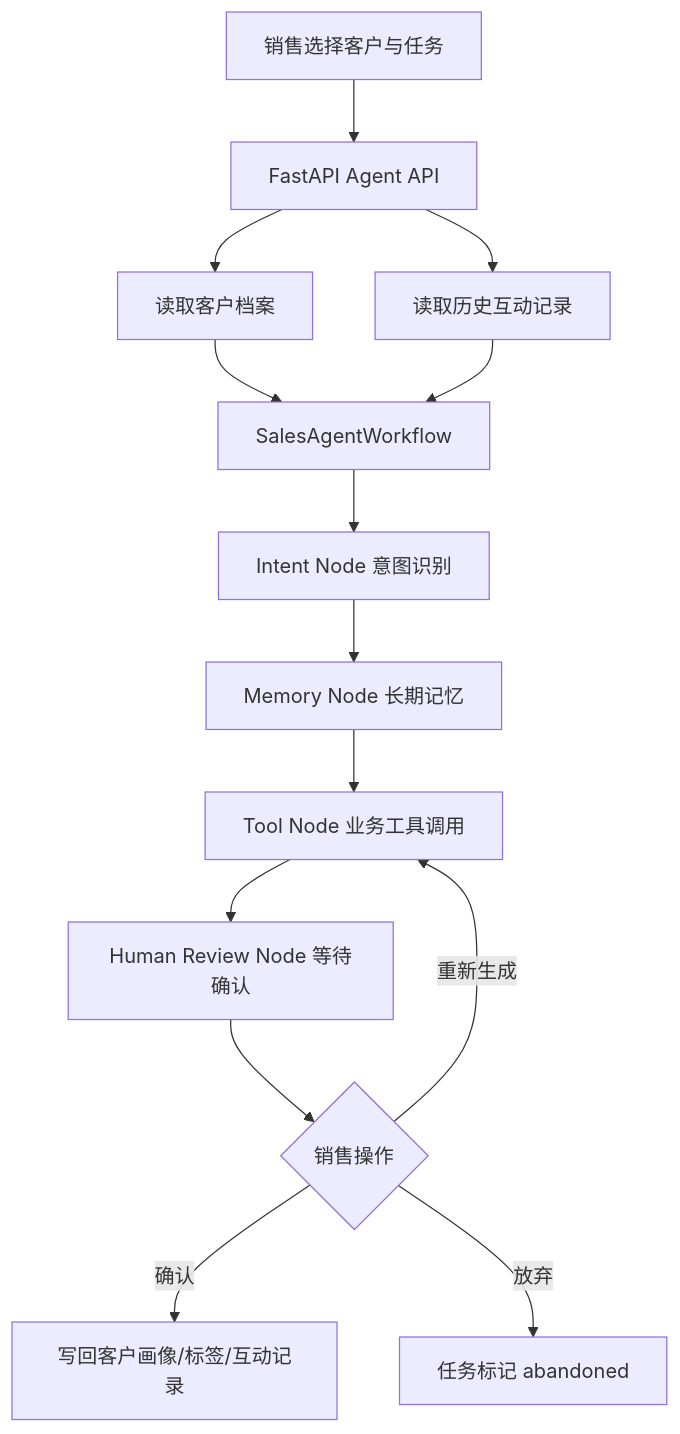
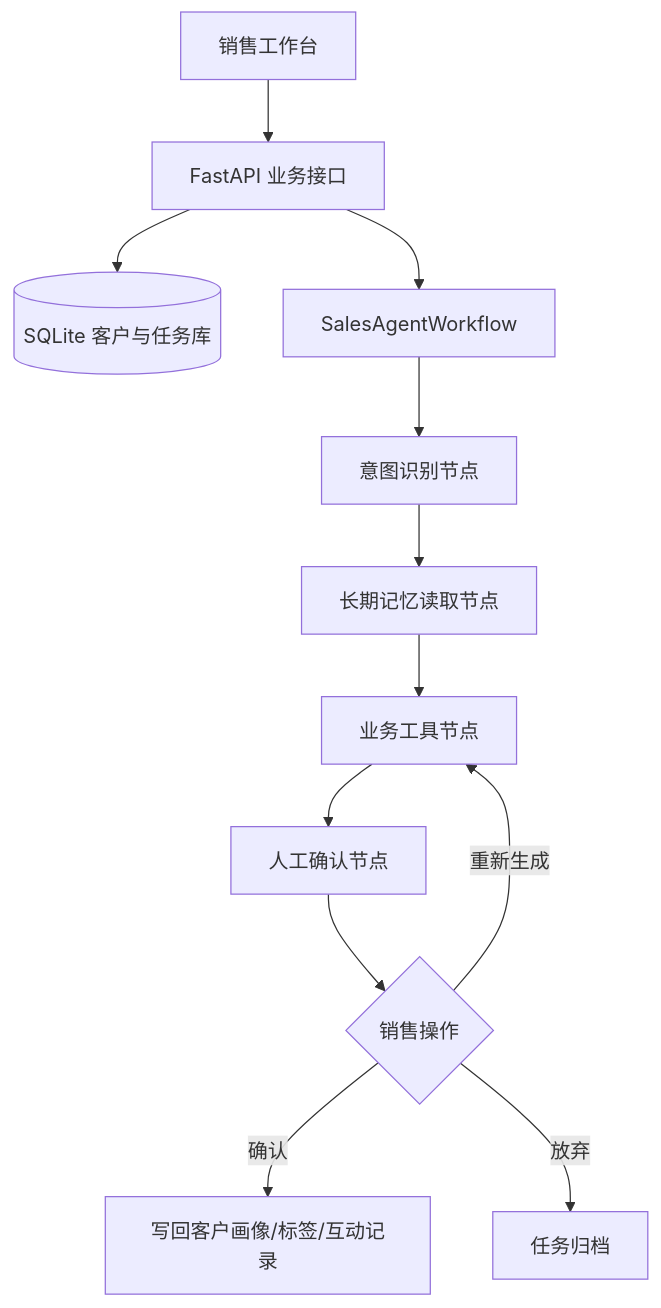
Before and after one commit to bjj012/sagt-lite: the diagram in README.md, drawn with Mermaid. The commit also changed other lines of this file, not shown here.

Commit message:
feat: harden sales agent as production-style project

````diff
--- a/README.md
+++ b/README.md
@@ -18,16 +20,14 @@
 ```mermaid
 flowchart TD
-    A[销售选择客户与任务] --> B[FastAPI Agent API]
-    B --> C[读取客户档案]
-    B --> D[读取历史互动记录]
-    C --> E[SalesAgentWorkflow]
-    D --> E
-    E --> F[Intent Node 意图识别]
-    F --> G[Memory Node 长期记忆]
-    G --> H[Tool Node 业务工具调用]
-    H --> I[Human Review Node 等待确认]
-    I --> J{销售操作}
-    J -->|确认| K[写回客户画像/标签/互动记录]
-    J -->|放弃| L[任务标记 abandoned]
-    J -->|重新生成| H
+    A[销售工作台] --> B[FastAPI 业务接口]
+    B --> C[(SQLite 客户与任务库)]
+    B --> D[SalesAgentWorkflow]
+    D --> E[意图识别节点]
+    E --> F[长期记忆读取节点]
+    F --> G[业务工具节点]
+    G --> H[人工确认节点]
+    H --> I{销售操作}
+    I -->|确认| J[写回客户画像/标签/互动记录]
+    I -->|放弃| K[任务归档]
+    I -->|重新生成| G
 ```
````
